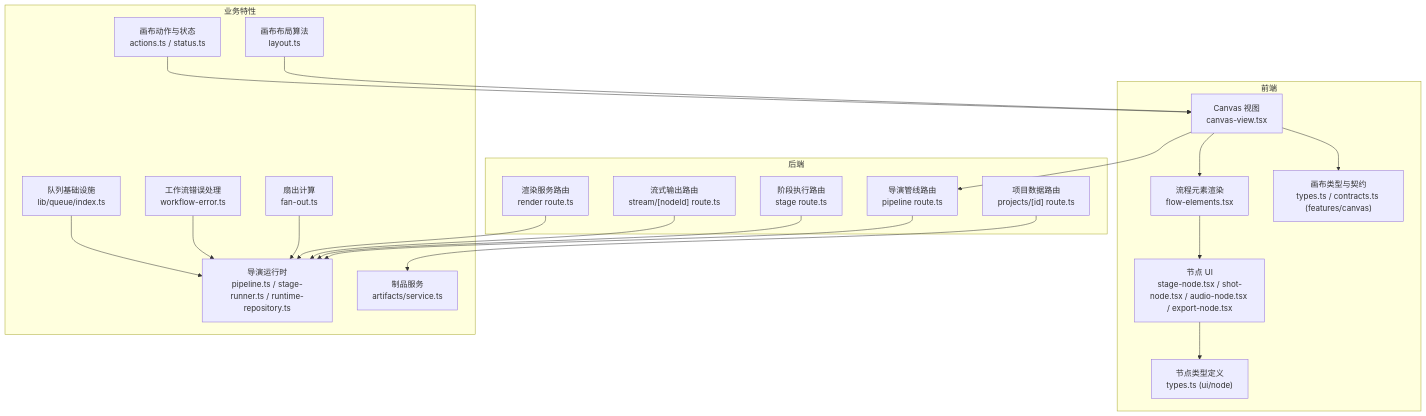
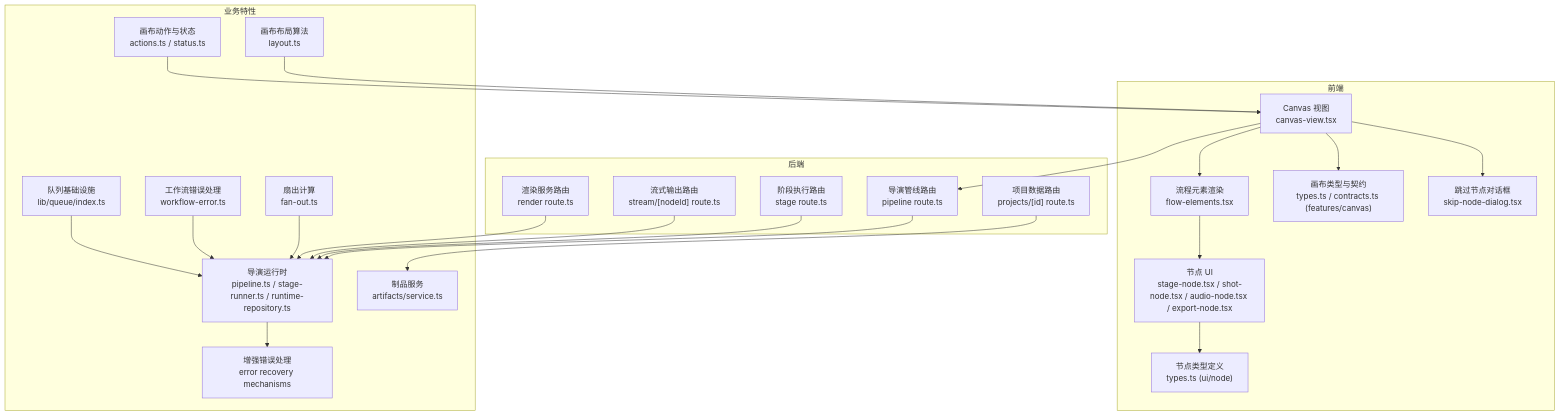
The first of 15 diagrams in .qoder/repowiki/zh/content/画布编辑器/画布编辑器.md (scottcwy/PurpleInk), drawn with Mermaid before and after one commit. The commit also changed other lines of this file and 109 other files, not shown here.

````diff
--- a/.qoder/repowiki/zh/content/画布编辑器/画布编辑器.md
+++ b/.qoder/repowiki/zh/content/画布编辑器/画布编辑器.md
@@ -57,41 +65,45 @@
 ```mermaid
 graph TB
 subgraph "前端"
 A["Canvas 视图<br/>canvas-view.tsx"]
 B["流程元素渲染<br/>flow-elements.tsx"]
 C["节点 UI<br/>stage-node.tsx / shot-node.tsx / audio-node.tsx / export-node.tsx"]
 D["节点类型定义<br/>types.ts (ui/node)"]
 E["画布类型与契约<br/>types.ts / contracts.ts (features/canvas)"]
+F["跳过节点对话框<br/>skip-node-dialog.tsx"]
 end
 subgraph "后端"
-F["导演管线路由<br/>pipeline route.ts"]
-G["阶段执行路由<br/>stage route.ts"]
-H["流式输出路由<br/>stream/[nodeId] route.ts"]
-I["项目数据路由<br/>projects/[id] route.ts"]
-J["渲染服务路由<br/>render route.ts"]
+G["导演管线路由<br/>pipeline route.ts"]
+H["阶段执行路由<br/>stage route.ts"]
+I["流式输出路由<br/>stream/[nodeId] route.ts"]
+J["项目数据路由<br/>projects/[id] route.ts"]
+K["渲染服务路由<br/>render route.ts"]
 end
 subgraph "业务特性"
-K["画布布局算法<br/>layout.ts"]
-L["画布动作与状态<br/>actions.ts / status.ts"]
-M["扇出计算<br/>fan-out.ts"]
-N["工作流错误处理<br/>workflow-error.ts"]
-O["导演运行时<br/>pipeline.ts / stage-runner.ts / runtime-repository.ts"]
-P["制品服务<br/>artifacts/service.ts"]
-Q["队列基础设施<br/>lib/queue/index.ts"]
+L["画布布局算法<br/>layout.ts"]
+M["画布动作与状态<br/>actions.ts / status.ts"]
+N["扇出计算<br/>fan-out.ts"]
+O["工作流错误处理<br/>workflow-error.ts"]
+P["导演运行时<br/>pipeline.ts / stage-runner.ts / runtime-repository.ts"]
+Q["制品服务<br/>artifacts/service.ts"]
+R["队列基础设施<br/>lib/queue/index.ts"]
+S["增强错误处理<br/>error recovery mechanisms"]
 end
 A --> B
 B --> C
 C --> D
 A --> E
 A --> F
-F --> O
-G --> O
-H --> O
+A --> G
+G --> P
+H --> P
 I --> P
-J --> O
-K --> A
+J --> Q
+K --> P
 L --> A
-M --> O
-N --> O
-Q --> O
+M --> A
+N --> P
+O --> P
+P --> S
+R --> P
 ```
````
